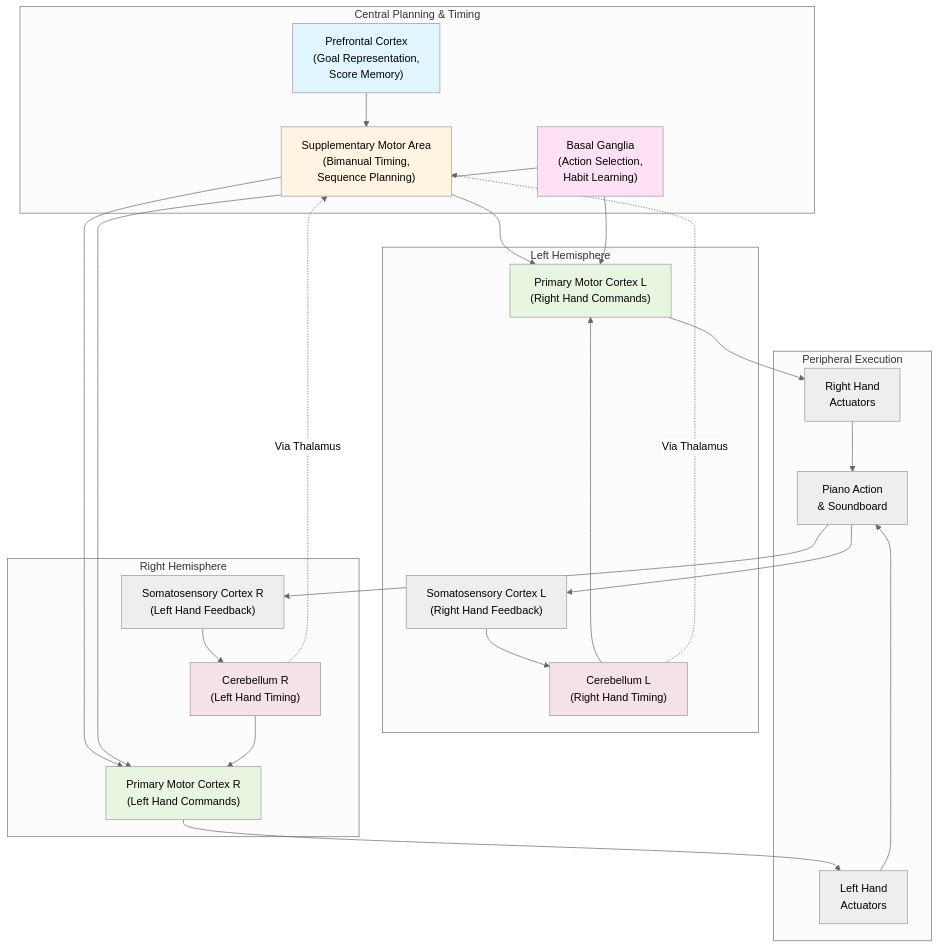
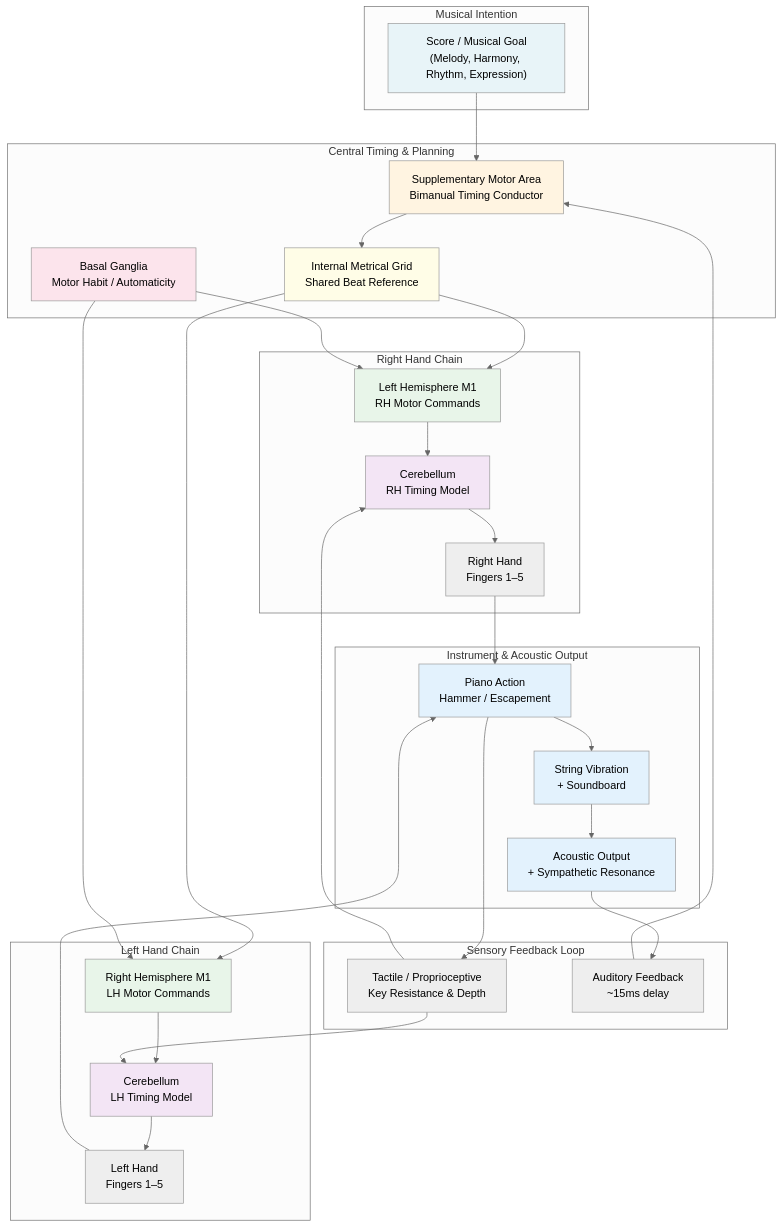
The first of 5 diagrams in topics/arts/music_performance/piano/lesson_04_two_handed_rhythmic_independence.md (blebleblee/synapse), drawn with Mermaid (neutral theme) before and after one commit. The commit also changed other lines of this file and 4 other files, not shown here.

````diff
--- a/topics/arts/music_performance/piano/lesson_04_two_handed_rhythmic_independence.md
+++ b/topics/arts/music_performance/piano/lesson_04_two_handed_rhythmic_independence.md
@@ -65,58 +95,70 @@
 ```mermaid
 graph TB
-    subgraph sub_central_planning___timing ["Central Planning & Timing"]
-        PFC["Prefrontal Cortex<br/>(Goal Representation,<br/>Score Memory)"]
-        SMA["Supplementary Motor Area<br/>(Bimanual Timing,<br/>Sequence Planning)"]
-        BG["Basal Ganglia<br/>(Action Selection,<br/>Habit Learning)"]
+    subgraph sub_musical_intention ["Musical Intention"]
+        SCORE["Score / Musical Goal<br/>(Melody, Harmony, Rhythm, Expression)"]
     end
 
-    subgraph sub_left_hemisphere ["Left Hemisphere"]
-        M1_L["Primary Motor Cortex L<br/>(Right Hand Commands)"]
-        S1_L["Somatosensory Cortex L<br/>(Right Hand Feedback)"]
-        CB_L["Cerebellum L<br/>(Right Hand Timing)"]
+    subgraph sub_central_control ["Central Timing & Planning"]
+        SMA["Supplementary Motor Area<br/>Bimanual Timing Conductor"]
+        METER["Internal Metrical Grid<br/>Shared Beat Reference"]
+        BG["Basal Ganglia<br/>Motor Habit / Automaticity"]
     end
 
-    subgraph sub_right_hemisphere ["Right Hemisphere"]
-        M1_R["Primary Motor Cortex R<br/>(Left Hand Commands)"]
-        S1_R["Somatosensory Cortex R<br/>(Left Hand Feedback)"]
-        CB_R["Cerebellum R<br/>(Left Hand Timing)"]
+    subgraph sub_right_hand_chain ["Right Hand Chain"]
+        RH_M1["Left Hemisphere M1<br/>RH Motor Commands"]
+        RH_CB["Cerebellum<br/>RH Timing Model"]
+        RH_EXEC["Right Hand<br/>Fingers 1–5"]
     end
 
-    subgraph sub_peripheral_execution ["Peripheral Execution"]
-        RH["Right Hand<br/>Actuators"]
-        LH["Left Hand<br/>Actuators"]
-        Piano["Piano Action<br/>& Soundboard"]
+    subgraph sub_left_hand_chain ["Left Hand Chain"]
+        LH_M1["Right Hemisphere M1<br/>LH Motor Commands"]
+        LH_CB["Cerebellum<br/>LH Timing Model"]
+        LH_EXEC["Left Hand<br/>Fingers 1–5"]
     end
 
-    PFC --> SMA
-    SMA --> M1_L
-    SMA --> M1_R
-    BG --> M1_L
-    BG --> M1_R
-    
-    M1_L --> RH
-    M1_R --> LH
-    
-    RH --> Piano
-    LH --> Piano
-    
-    Piano --> S1_L
-    Piano --> S1_R
-    
-    S1_L --> CB_L
-    S1_R --> CB_R
-    
-    CB_L --> M1_L
-    CB_R --> M1_R
-    
-    CB_L -.->|"Via Thalamus"| SMA
-    CB_R -.->|"Via Thalamus"| SMA
+    subgraph sub_instrument ["Instrument & Acoustic Output"]
+        ACTION["Piano Action<br/>Hammer / Escapement"]
+        STRING["String Vibration<br/>+ Soundboard"]
+        SOUND["Acoustic Output<br/>+ Sympathetic Resonance"]
+    end
 
-    style PFC fill:#e1f5ff
+    subgraph sub_feedback ["Sensory Feedback Loop"]
+        TOUCH["Tactile / Proprioceptive<br/>Key Resistance & Depth"]
+        AUDIO["Auditory Feedback<br/>~15ms delay"]
+    end
+
+    SCORE --> SMA
+    SMA --> METER
+    METER --> RH_M1
+    METER --> LH_M1
+    BG --> RH_M1
+    BG --> LH_M1
+
+    RH_M1 --> RH_CB
+    LH_M1 --> LH_CB
+    RH_CB --> RH_EXEC
+    LH_CB --> LH_EXEC
+
+    RH_EXEC --> ACTION
+    LH_EXEC --> ACTION
+    ACTION --> STRING
+    STRING --> SOUND
+
+    SOUND --> AUDIO
+    ACTION --> TOUCH
+    AUDIO --> SMA
+    TOUCH --> RH_CB
+    TOUCH --> LH_CB
+
+    style SCORE fill:#e8f4f8
     style SMA fill:#fff4e1
-    style BG fill:#ffe1f5
-    style M1_L fill:#e8f5e1
-    style M1_R fill:#e8f5e1
-    style CB_L fill:#f5e1e8
-    style CB_R fill:#f5e1e8
+    style METER fill:#fffde7
+    style BG fill:#fce4ec
+    style RH_M1 fill:#e8f5e9
+    style LH_M1 fill:#e8f5e9
+    style RH_CB fill:#f3e5f5
+    style LH_CB fill:#f3e5f5
+    style ACTION fill:#e3f2fd
+    style STRING fill:#e3f2fd
+    style SOUND fill:#e3f2fd
 ```
````
